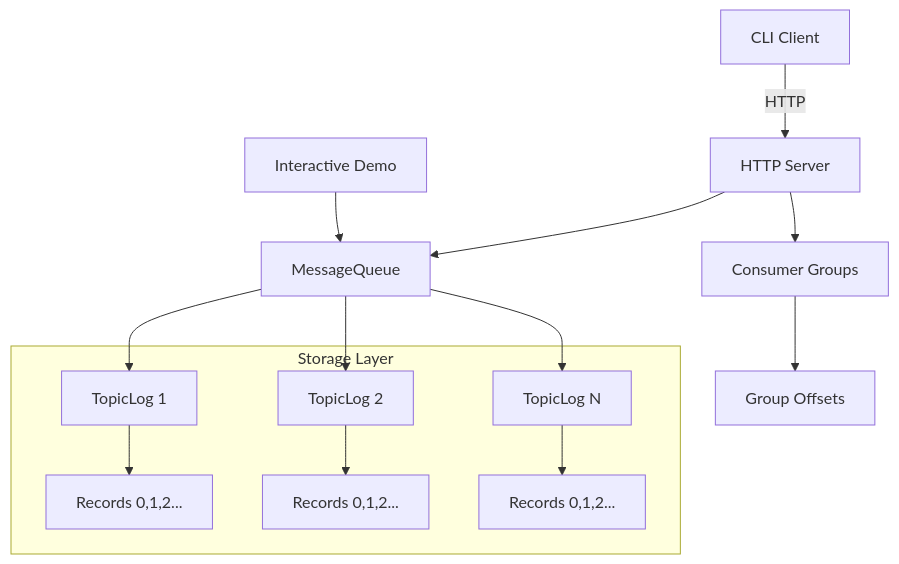
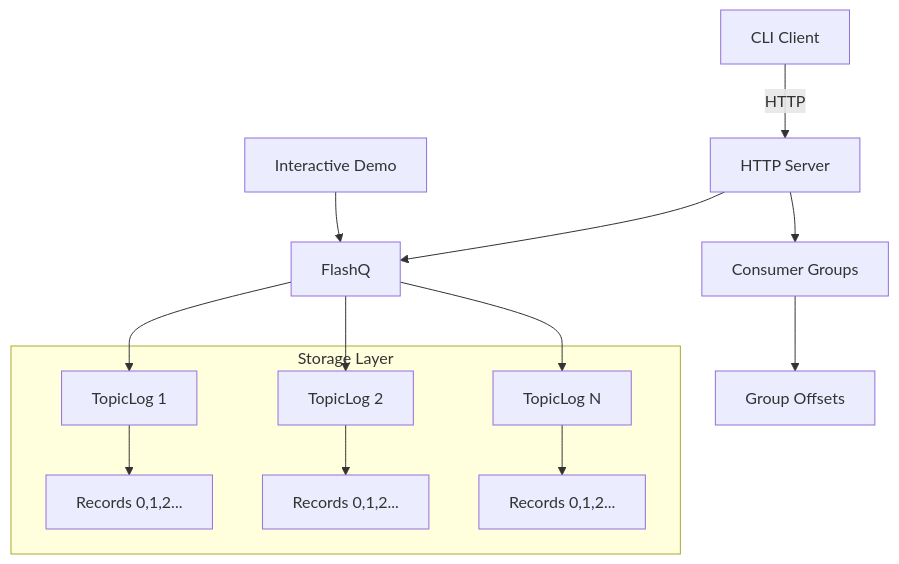
Before and after one commit to harshitmahapatra/flashq: the first of 3 diagrams in docs/architecture.md, drawn with Mermaid. The commit also changed other lines of this file and 15 other files, not shown here.

First line of the commit message:
Rename core struct from MessageQueue to FlashQ (#26)

````diff
--- a/docs/architecture.md
+++ b/docs/architecture.md
@@ -7,17 +7,17 @@
 ```mermaid
 graph TD
     A[CLI Client] -->|HTTP| B[HTTP Server]
-    C[Interactive Demo] --> D[MessageQueue]
+    C[Interactive Demo] --> D[FlashQ]
     B --> D
     D --> E[TopicLog 1]
     D --> F[TopicLog 2]
     D --> G[TopicLog N]
     B --> H[Consumer Groups]
     H --> I[Group Offsets]
     
     subgraph "Storage Layer"
         E --> J[Records 0,1,2...]
         F --> K[Records 0,1,2...]
         G --> L[Records 0,1,2...]
     end
 ```
````
